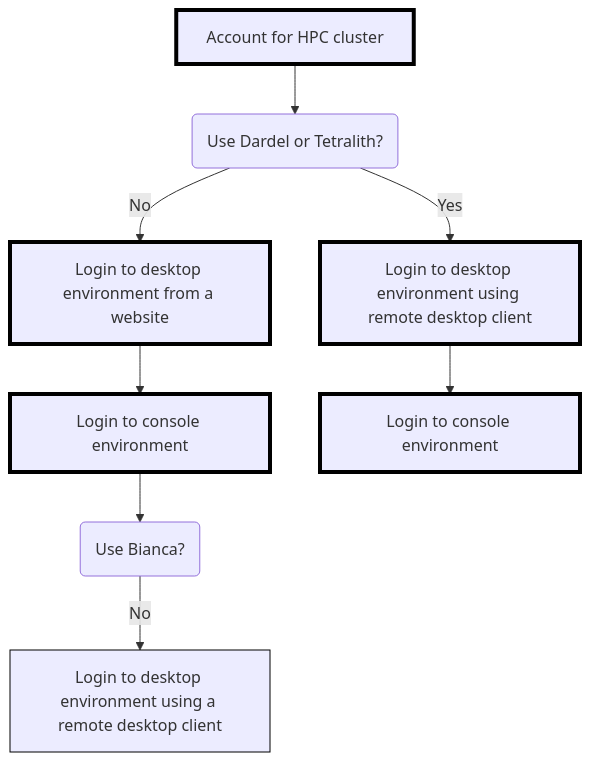
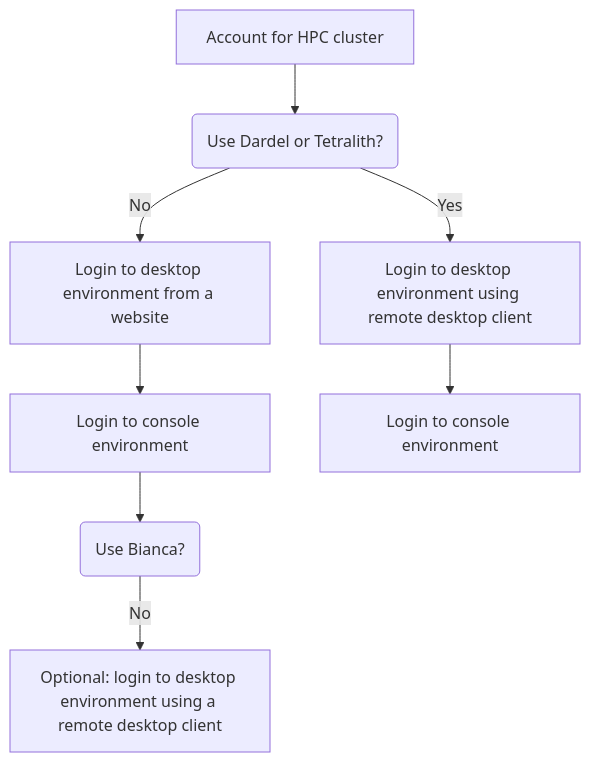
One commit to UPPMAX/naiss_file_transfer_course changed the second of 2 diagrams in docs/sessions/intro_connect/README.md. Above: the diagram before and after it, drawn with Mermaid. The commit also changed other lines of this file and 1 other file, not shown here.

````diff
--- a/docs/sessions/intro_connect/README.md
+++ b/docs/sessions/intro_connect/README.md
@@ -113,26 +107,23 @@
 ```mermaid
 flowchart TD
 
-  classDef always stroke:#000,stroke-width:4px;
-  classDef optional stroke:#000,stroke-width:1px;
-
   use_dardel_or_tetralith(Use Dardel or Tetralith?)
   use_bianca(Use Bianca?)
-  account[Account for HPC cluster]:::always
-  login_desktop_website_no[Login to desktop environment from a website]:::always
-  login_console_no[Login to console environment]:::always
-  login_desktop_tool_no[Login to desktop environment using a remote desktop client]:::optional
+  account[Account for HPC cluster]
+  login_desktop_website_no[Login to desktop environment from a website]
+  login_console_no[Login to console environment]
+  login_desktop_tool_no[Optional: login to desktop environment using a remote desktop client]
 
-  login_console_yes[Login to console environment]:::always
-  login_desktop_tool_yes[Login to desktop environment using remote desktop client]:::always
+  login_console_yes[Login to console environment]
+  login_desktop_tool_yes[Login to desktop environment using remote desktop client]
 
 
   account --> use_dardel_or_tetralith
   use_dardel_or_tetralith--> |No| login_desktop_website_no
   login_desktop_website_no --> login_console_no
   login_console_no --> use_bianca
   use_bianca --> |No| login_desktop_tool_no
 
   use_dardel_or_tetralith--> |Yes| login_desktop_tool_yes
   login_desktop_tool_yes --> login_console_yes
 ```
````
